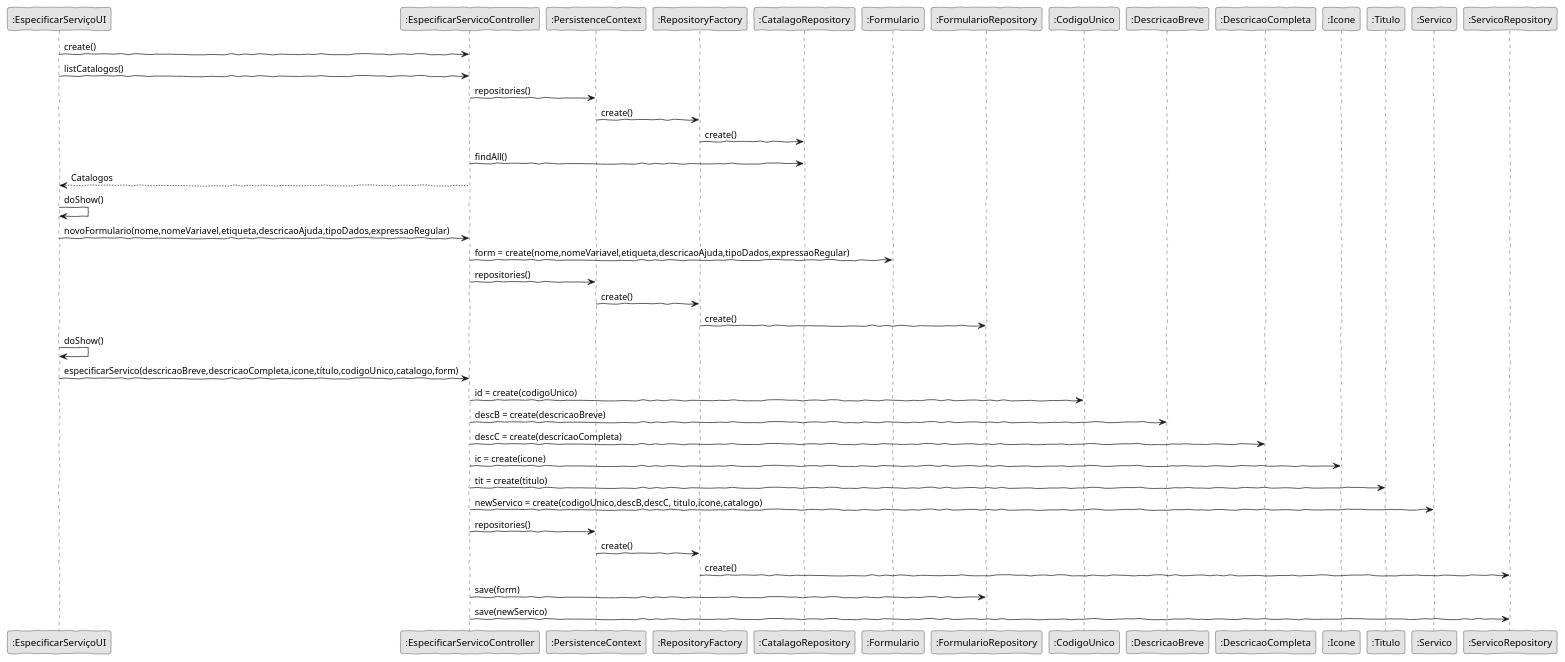
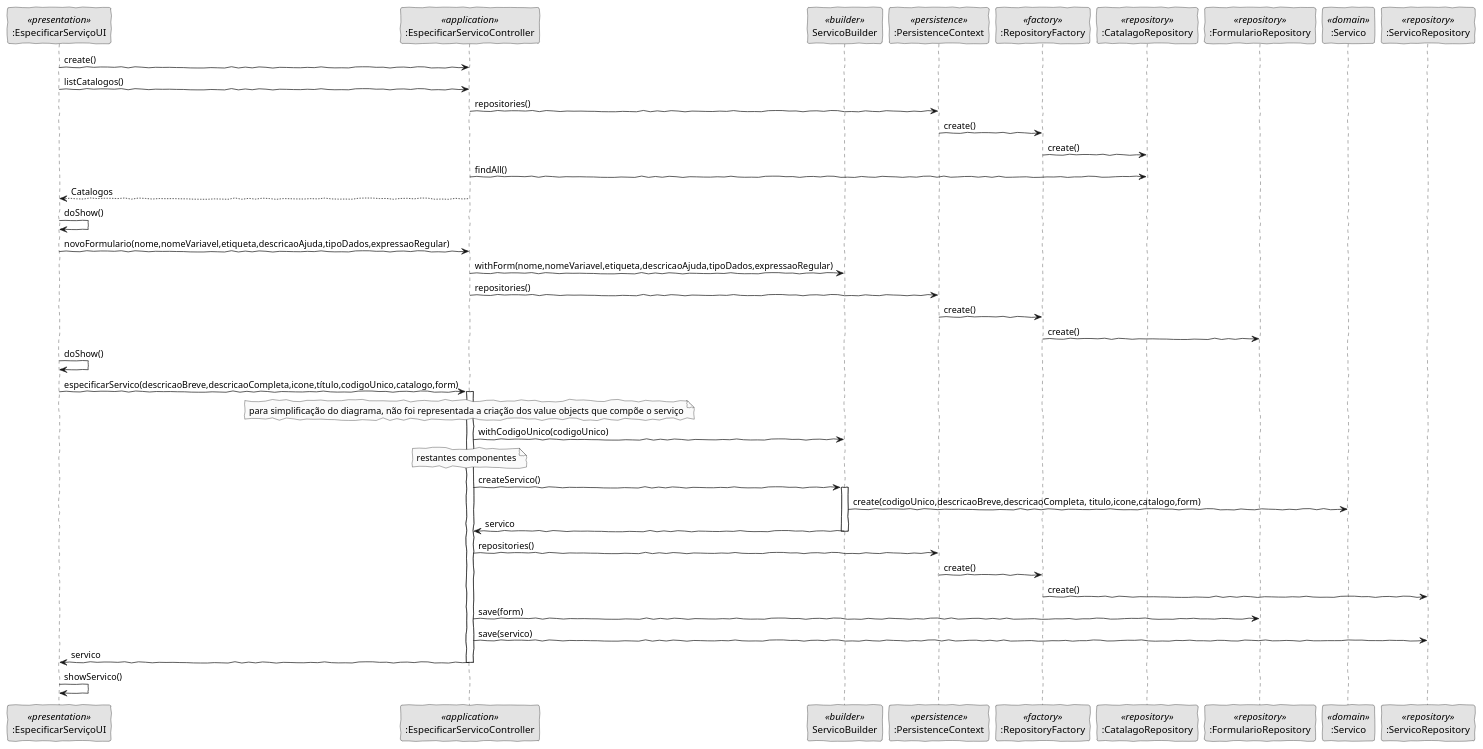
The diagram in docs/US2002/EspecificarServicoSD.puml (pedrolemos4/LAPR4), drawn with PlantUML before and after one commit. The commit also changed 3 other files, not shown here.

```diff
--- a/docs/US2002/EspecificarServicoSD.puml
+++ b/docs/US2002/EspecificarServicoSD.puml
@@ -1,56 +1,57 @@
 @startuml
 'http://plantuml.com/skinparam.html
 skinparam handwritten true
 skinparam monochrome true
 skinparam packageStyle rect
 skinparam defaultFontName FG Virgil
 skinparam shadowing false
 
-		participant ":EspecificarServiçoUI" as ui
-		participant ":EspecificarServicoController" as ctrl
-		participant ":PersistenceContext" as pc
-		participant ":RepositoryFactory" as rf
-		participant ":CatalagoRepository" as repoCA
-    participant ":Formulario" as form
-    participant ":FormularioRepository" as repoFORM
-    participant ":CodigoUnico" as id
-    participant ":DescricaoBreve" as descB
-    participant ":DescricaoCompleta" as descC
-		participant ":Icone" as ic
-    participant ":Titulo" as tit
-		participant ":Servico" as servico
-		participant ":ServicoRepository" as repo
+		participant ":EspecificarServiçoUI" as ui <<presentation>>
+		participant ":EspecificarServicoController" as ctrl <<application>>
+    participant "ServicoBuilder" as builder <<builder>>
+		participant ":PersistenceContext" as pc <<persistence>>
+		participant ":RepositoryFactory" as rf <<factory>> 
+		participant ":CatalagoRepository" as repoCA <<repository>>
+    participant ":FormularioRepository" as repoFORM <<repository>>
+		participant ":Servico" as servico <<domain>>
+		participant ":ServicoRepository" as repo <<repository>>
 
     
 		ui->ctrl:create()
 		ui->ctrl:listCatalogos()
 		ctrl->pc:repositories()
 		pc->rf:create()
 		rf->repoCA:create()
 		ctrl->repoCA:findAll()
 		ctrl-->ui:Catalogos
-
+    
 		ui->ui:doShow()
     ui->ctrl:novoFormulario(nome,nomeVariavel,etiqueta,descricaoAjuda,tipoDados,expressaoRegular)
-    ctrl->form:form = create(nome,nomeVariavel,etiqueta,descricaoAjuda,tipoDados,expressaoRegular)
+    ctrl->builder:withForm(nome,nomeVariavel,etiqueta,descricaoAjuda,tipoDados,expressaoRegular)
     ctrl->pc:repositories()
 		pc->rf:create()
 		rf->repoFORM:create()
     ui->ui:doShow()
 		
 		ui->ctrl:especificarServico(descricaoBreve,descricaoCompleta,icone,título,codigoUnico,catalogo,form)
-    
-    ctrl->id:id = create(codigoUnico)
-    ctrl->descB:descB = create(descricaoBreve)
-    ctrl->descC:descC = create(descricaoCompleta)
-		ctrl->ic:ic = create(icone)
-    ctrl->tit:tit = create(titulo)
-		ctrl->servico:newServico = create(codigoUnico,descB,descC, titulo,icone,catalogo)
+    activate ctrl
+    note over ctrl: para simplificação do diagrama, não foi representada a criação dos value objects que compõe o serviço 
+    ctrl -> builder:withCodigoUnico(codigoUnico)
+    note over ctrl: restantes componentes
+    ctrl -> builder: createServico()
+    activate builder 
+    builder->servico: create(codigoUnico,descricaoBreve,descricaoCompleta, titulo,icone,catalogo,form)
+    builder -> ctrl: servico  
+    deactivate builder
 
 		ctrl->pc:repositories()
 		pc->rf:create()
 		rf->repo:create()
     ctrl->repoFORM:save(form)
-		ctrl->repo:save(newServico)
+		ctrl->repo:save(servico)
+    ctrl->ui:servico
+    deactivate ctrl
+    ui->ui: showServico()
+    
 		
 @enduml
```
